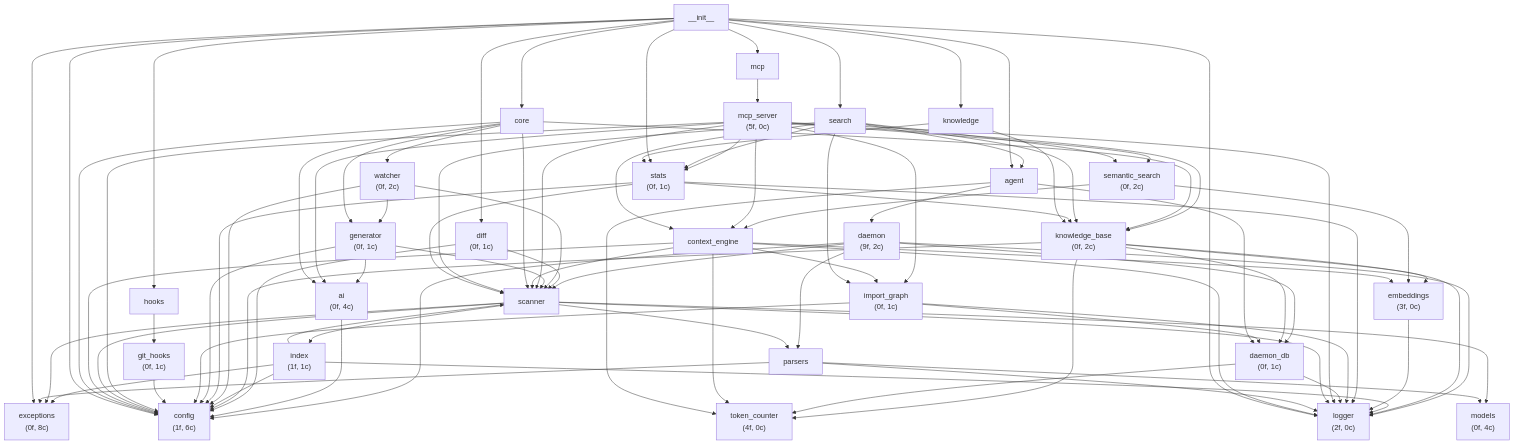
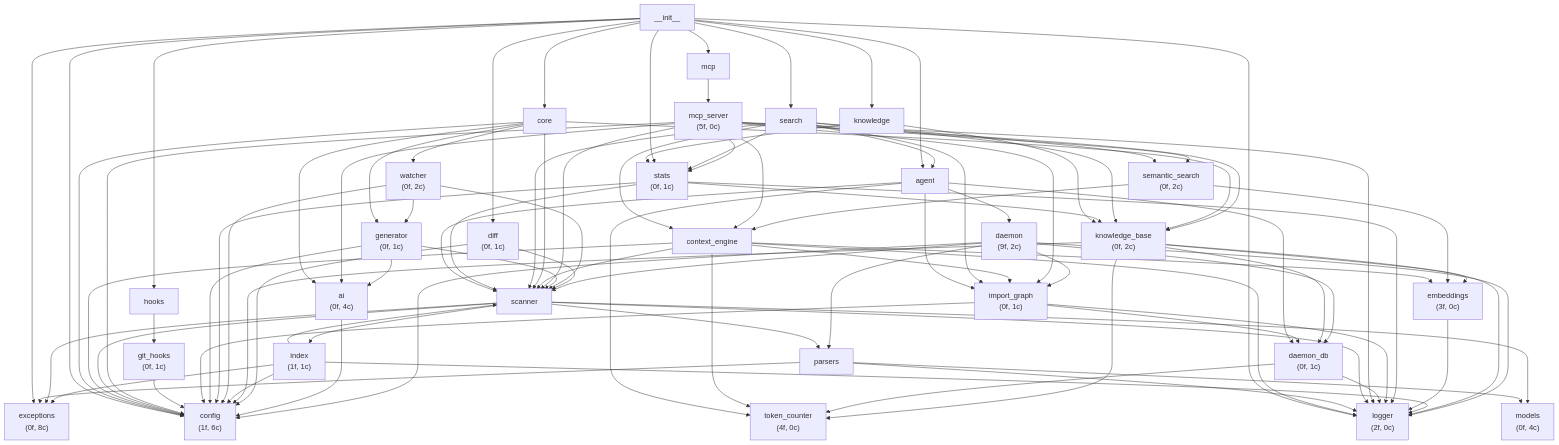
Before and after one commit to sushilk1991/know-cli: the diagram in docs/architecture.md, drawn with Mermaid. The commit also changed 1 other file, not shown here.

Commit message:
docs: Auto-update documentation via know-cli

````diff
--- a/docs/architecture.md
+++ b/docs/architecture.md
@@ -28,6 +28,7 @@
     daemon --> logger
     daemon --> parsers
     daemon --> scanner
+    daemon --> import_graph
     ai --> config
     diff --> config
     diff --> scanner
@@ -113,5 +114,7 @@
     agent --> daemon_db
     agent --> token_counter
     agent --> daemon
+    agent --> import_graph
+    agent --> scanner
     mcp --> mcp_server
 ```
````
